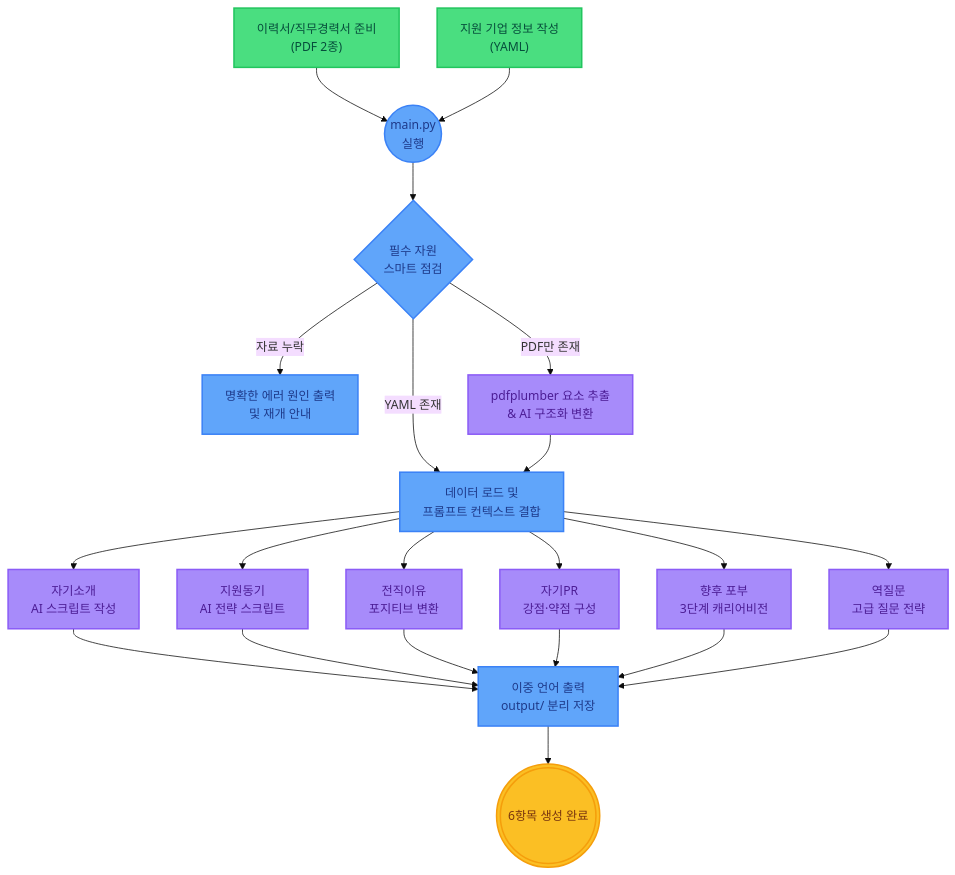
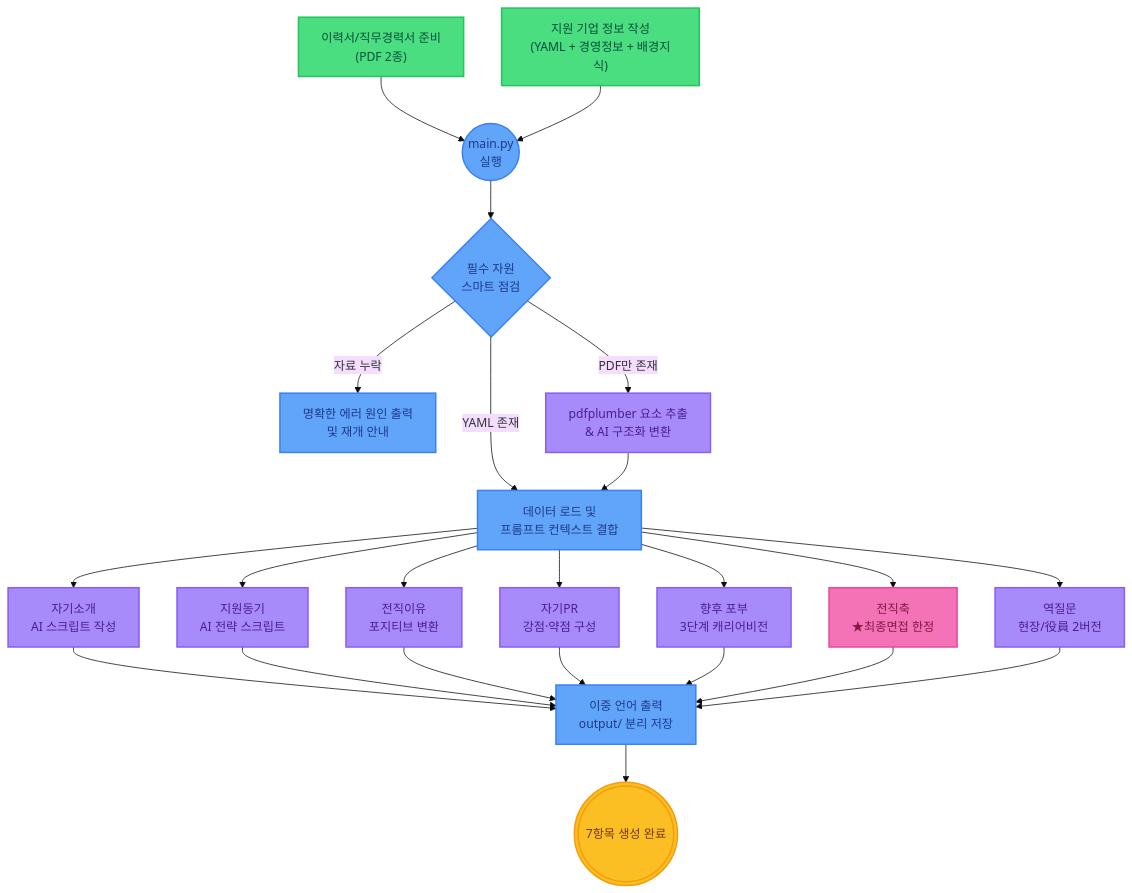
The diagram in README.md (Ugee0810/AI-Agents.Naite), drawn with Mermaid (base theme) before and after one commit. The commit also changed other lines of this file and 4 other files, not shown here.

````diff
--- a/README.md
+++ b/README.md
@@ -26,38 +27,41 @@
 ```mermaid
 graph TD
     classDef user fill:#4ade80,stroke:#22c55e,stroke-width:2px,color:#064e3b;
     classDef system fill:#60a5fa,stroke:#3b82f6,stroke-width:2px,color:#1e3a8a;
     classDef ai fill:#a78bfa,stroke:#8b5cf6,stroke-width:2px,color:#4c1d95;
     classDef result fill:#fbbf24,stroke:#f59e0b,stroke-width:2px,color:#78350f;
+    classDef final fill:#f472b6,stroke:#ec4899,stroke-width:2px,color:#831843;
 
     %% 준비
     A1["이력서/직무경력서 준비<br>(PDF 2종)"]:::user
-    A2["지원 기업 정보 작성<br>(YAML)"]:::user
+    A2["지원 기업 정보 작성<br>(YAML + 경영정보 + 배경지식)"]:::user
     
     A1 --> B(("main.py<br>실행")):::system
     A2 --> B
     
     %% 파이프라인 로직
     B --> C{"필수 자원<br>스마트 점검"}:::system
     C -- "자료 누락" --> Err["명확한 에러 원인 출력<br>및 재개 안내"]:::system
     
     C -- "PDF만 존재" --> D["pdfplumber 요소 추출<br>& AI 구조화 변환"]:::ai
     C -- "YAML 존재" --> E["데이터 로드 및<br>프롬프트 컨텍스트 결합"]:::system
     D --> E
     
-    %% AI 분석 및 결과 (6항목)
+    %% AI 분석 및 결과 (7항목)
     E --> F1["자기소개<br>AI 스크립트 작성"]:::ai
     E --> F2["지원동기<br>AI 전략 스크립트"]:::ai
     E --> F3["전직이유<br>포지티브 변환"]:::ai
     E --> F4["자기PR<br>강점·약점 구성"]:::ai
     E --> F5["향후 포부<br>3단계 캐리어비전"]:::ai
-    E --> F6["역질문<br>고급 질문 전략"]:::ai
+    E --> F6["전직축<br>★최종면접 한정"]:::final
+    E --> F7["역질문<br>현장/役員 2버전"]:::ai
     
     F1 --> G["이중 언어 출력<br>output/ 분리 저장"]:::system
     F2 --> G
     F3 --> G
     F4 --> G
     F5 --> G
     F6 --> G
-    G --> H((("6항목 생성 완료"))):::result
+    F7 --> G
+    G --> H((("7항목 생성 완료"))):::result
 ```
````
